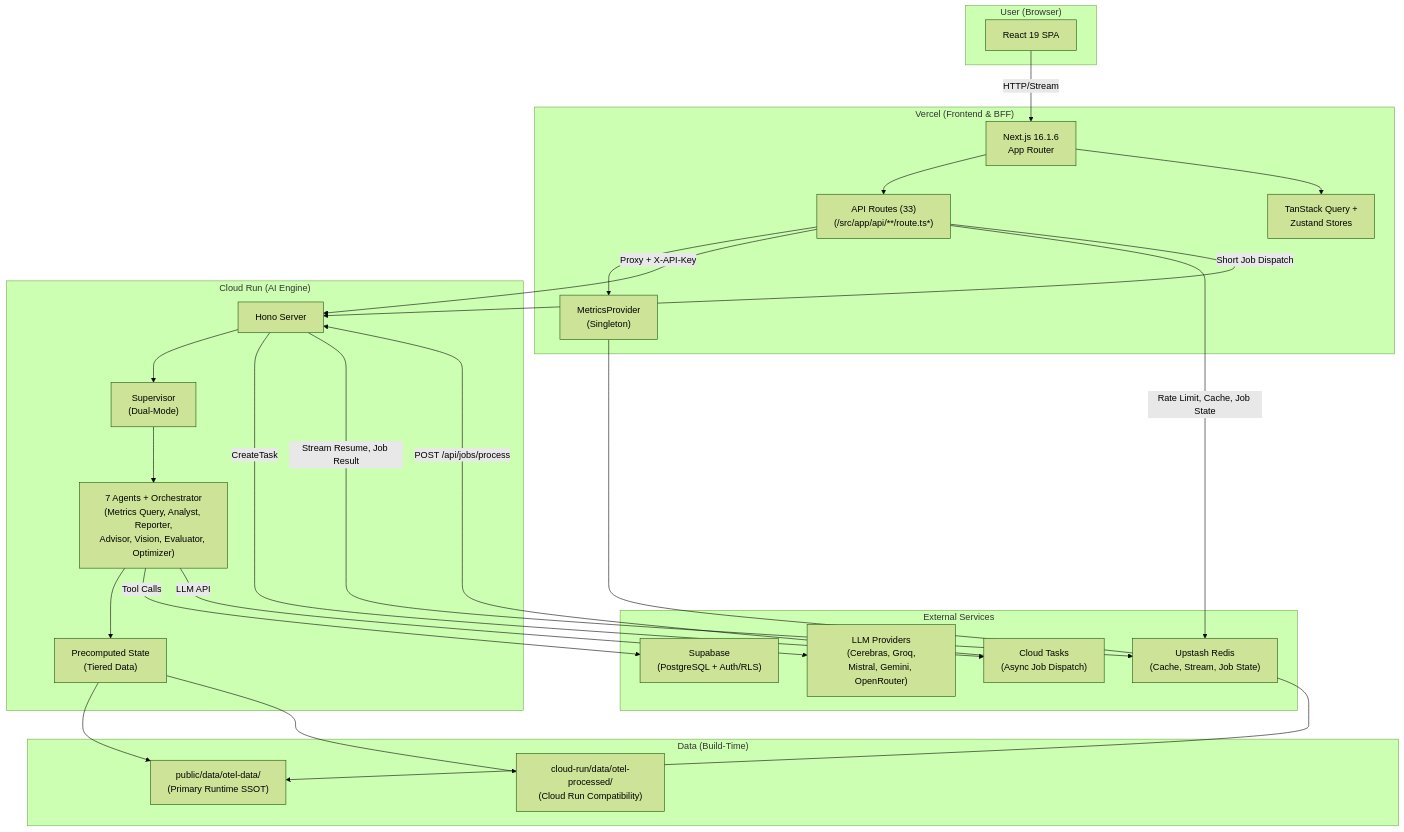
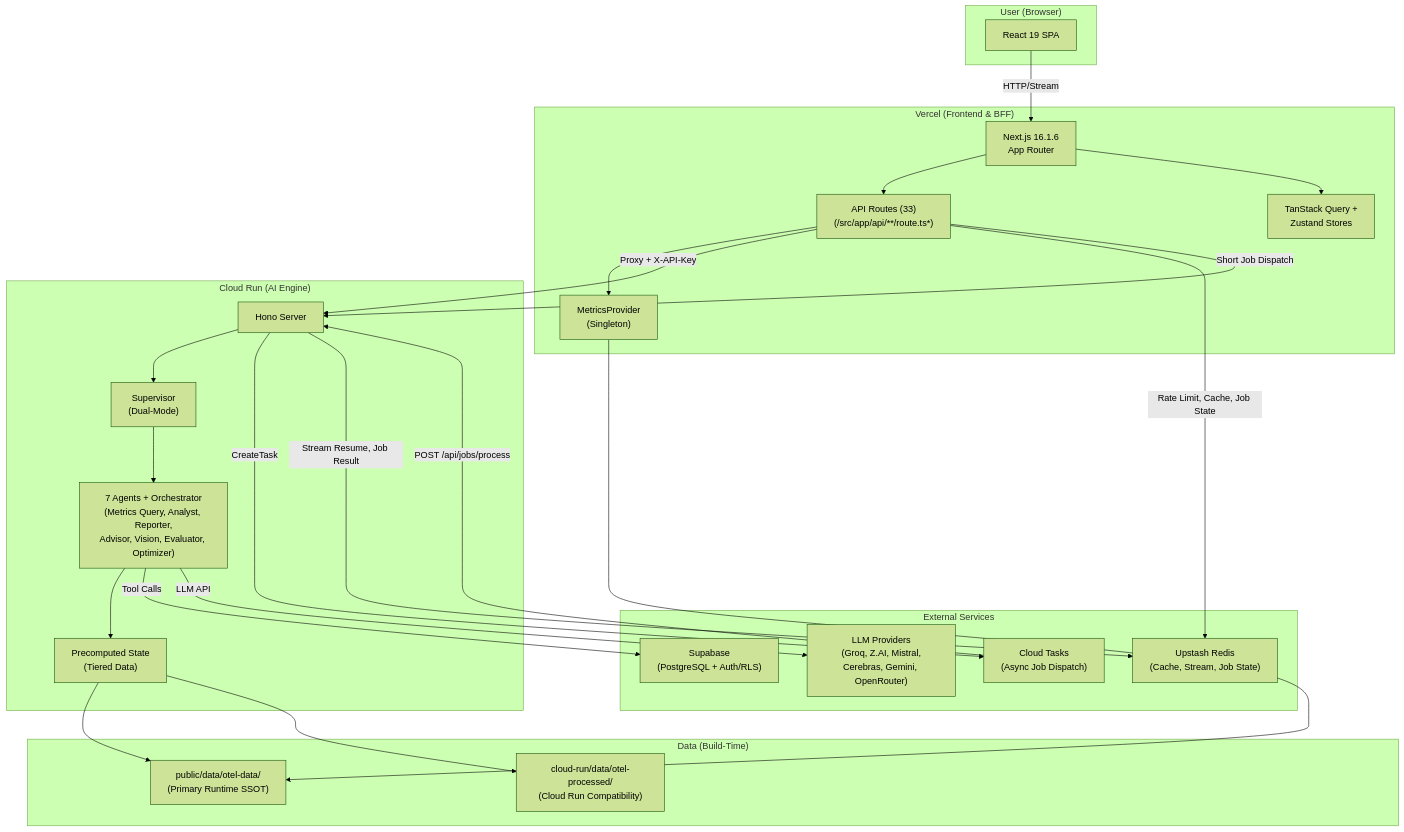
One commit to skyasu2/openmanager-ai changed the diagram in docs/reference/architecture/system/system-architecture-current.md. Above: the diagram before and after it, drawn with Mermaid (forest theme). The commit also changed other lines of this file and 15 other files, not shown here.

````diff
--- a/docs/reference/architecture/system/system-architecture-current.md
+++ b/docs/reference/architecture/system/system-architecture-current.md
@@ -33,51 +33,51 @@
 ```mermaid
 graph TB
     subgraph User["User (Browser)"]
         UI[React 19 SPA]
     end
 
     subgraph Vercel["Vercel (Frontend & BFF)"]
         NextJS["Next.js 16.1.6<br/>App Router"]
         API["API Routes (33)<br/>(/src/app/api/**/route.ts*)"]
         MP["MetricsProvider<br/>(Singleton)"]
         Providers["TanStack Query +<br/>Zustand Stores"]
     end
 
     subgraph CloudRun["Cloud Run (AI Engine)"]
         Hono["Hono Server"]
         Supervisor["Supervisor<br/>(Dual-Mode)"]
         Agents["7 Agents + Orchestrator<br/>(Metrics Query, Analyst, Reporter,<br/>Advisor, Vision, Evaluator, Optimizer)"]
         PreComp["Precomputed State<br/>(Tiered Data)"]
     end
 
     subgraph External["External Services"]
         Supabase["Supabase<br/>(PostgreSQL + Auth/RLS)"]
         Redis["Upstash Redis<br/>(Cache, Stream, Job State)"]
         CloudTasks["Cloud Tasks<br/>(Async Job Dispatch)"]
-        LLM["LLM Providers<br/>(Cerebras, Groq,<br/>Mistral, Gemini, OpenRouter)"]
+        LLM["LLM Providers<br/>(Groq, Z.AI, Mistral,<br/>Cerebras, Gemini, OpenRouter)"]
     end
 
     subgraph Data["Data (Build-Time)"]
         OTel["public/data/otel-data/<br/>(Primary Runtime SSOT)"]
         Compat["cloud-run/data/otel-processed/<br/>(Cloud Run Compatibility)"]
     end
 
     UI -->|HTTP/Stream| NextJS
     NextJS --> API
     API --> MP
     MP --> OTel
     API -->|Proxy + X-API-Key| Hono
     Hono --> Supervisor
     Supervisor --> Agents
     Agents --> PreComp
     PreComp --> OTel
     PreComp --> Compat
     Agents -->|Tool Calls| Supabase
     Agents -->|LLM API| LLM
     API -->|Rate Limit, Cache, Job State| Redis
     API -->|Short Job Dispatch| Hono
     Hono -->|CreateTask| CloudTasks
     CloudTasks -->|POST /api/jobs/process| Hono
     Hono -->|Stream Resume, Job Result| Redis
     NextJS --> Providers
 ```
````
